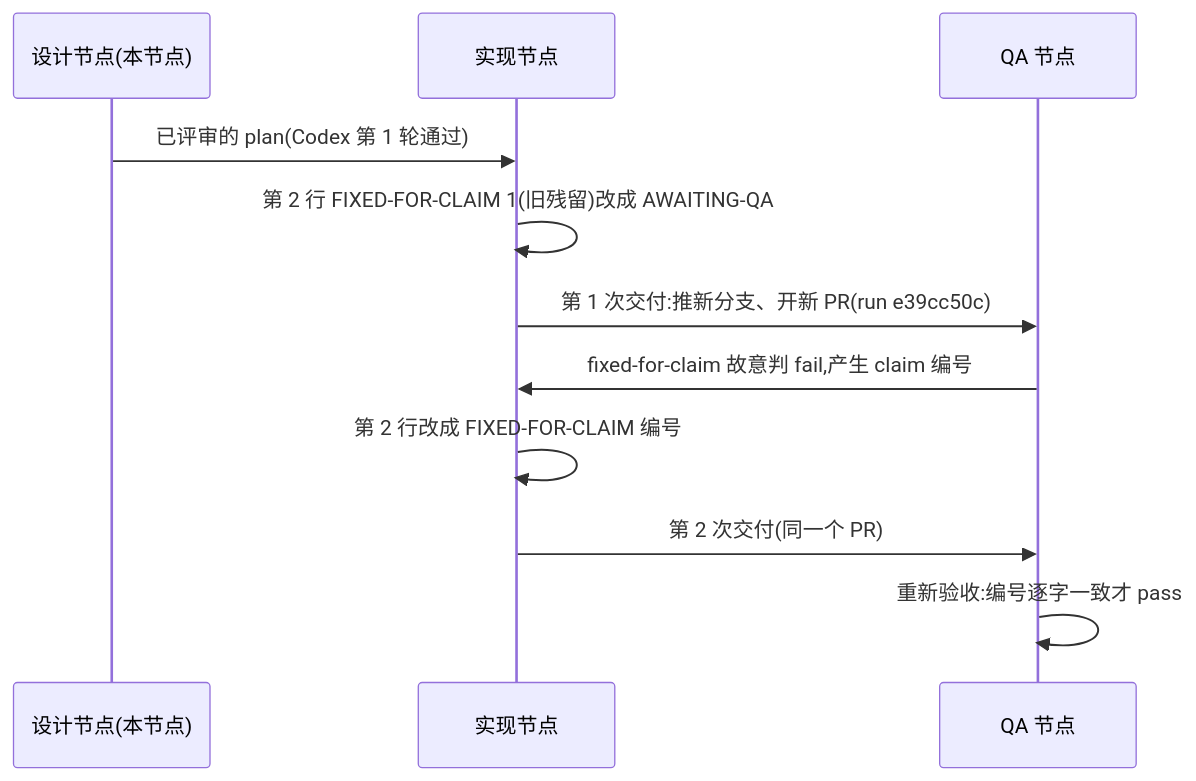
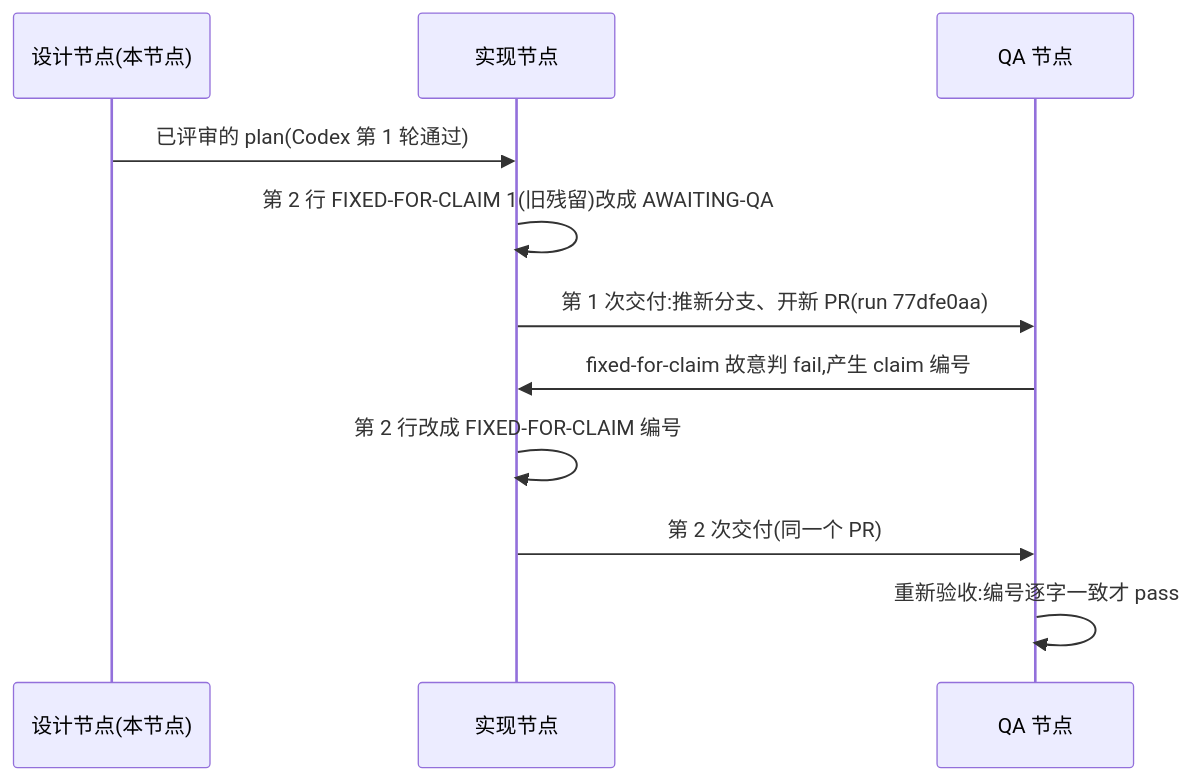
The diagram in engineering/doc/FLY-3226-real-runner-drill/d1-core-flow.mmd (xrliAnnie/flywheel-qa-sandbox), drawn with Mermaid before and after one commit. The commit also changed 3 other files, not shown here.

Commit message:
docs(qa-sbx): FLY-3226 design for run 77dfe0aa

```diff
--- a/engineering/doc/FLY-3226-real-runner-drill/d1-core-flow.mmd
+++ b/engineering/doc/FLY-3226-real-runner-drill/d1-core-flow.mmd
@@ -1,11 +1,11 @@
 sequenceDiagram
     participant D as 设计节点(本节点)
     participant I as 实现节点
     participant Q as QA 节点
     D->>I: 已评审的 plan(Codex 第 1 轮通过)
     I->>I: 第 2 行 FIXED-FOR-CLAIM 1(旧残留)改成 AWAITING-QA
-    I->>Q: 第 1 次交付:推新分支、开新 PR(run e39cc50c)
+    I->>Q: 第 1 次交付:推新分支、开新 PR(run 77dfe0aa)
     Q->>I: fixed-for-claim 故意判 fail,产生 claim 编号
     I->>I: 第 2 行改成 FIXED-FOR-CLAIM 编号
     I->>Q: 第 2 次交付(同一个 PR)
     Q->>Q: 重新验收:编号逐字一致才 pass
```
